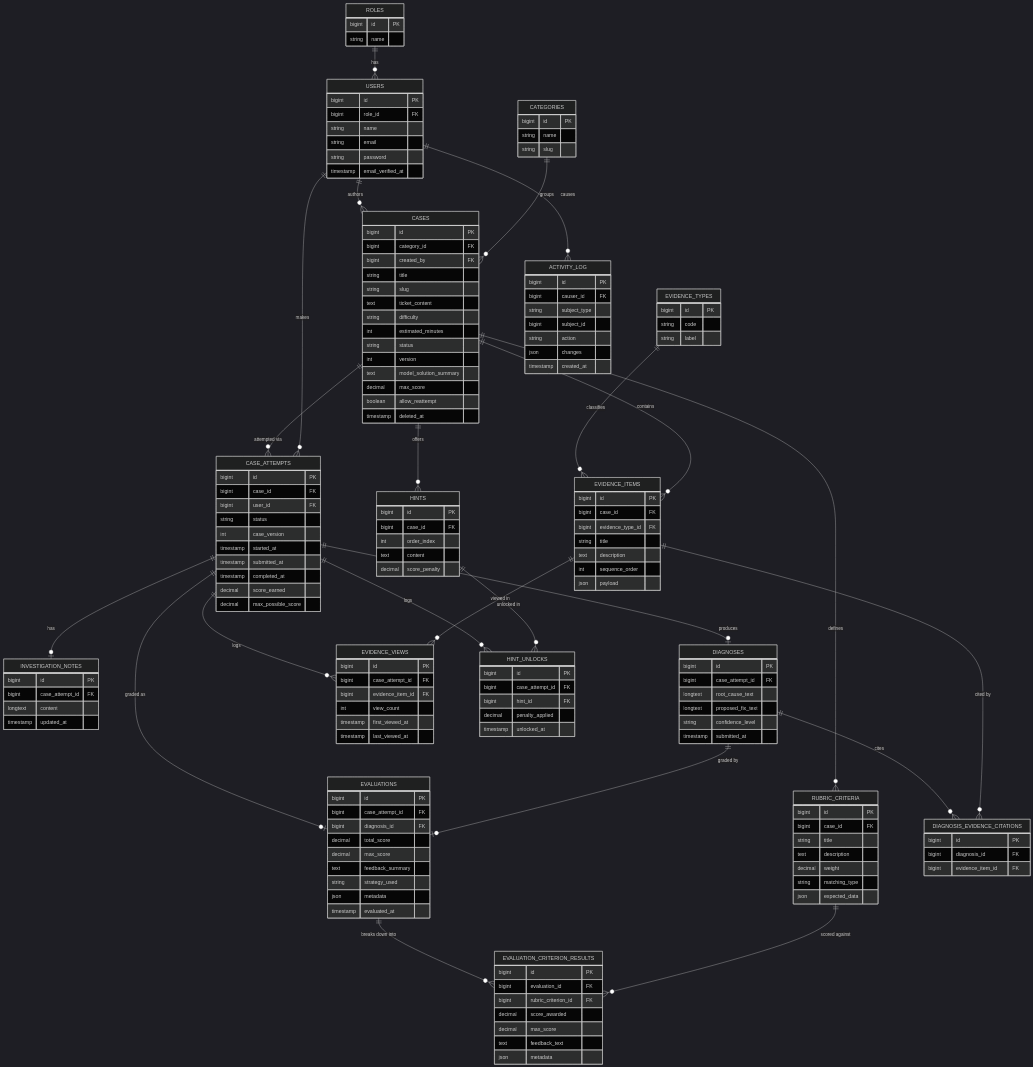
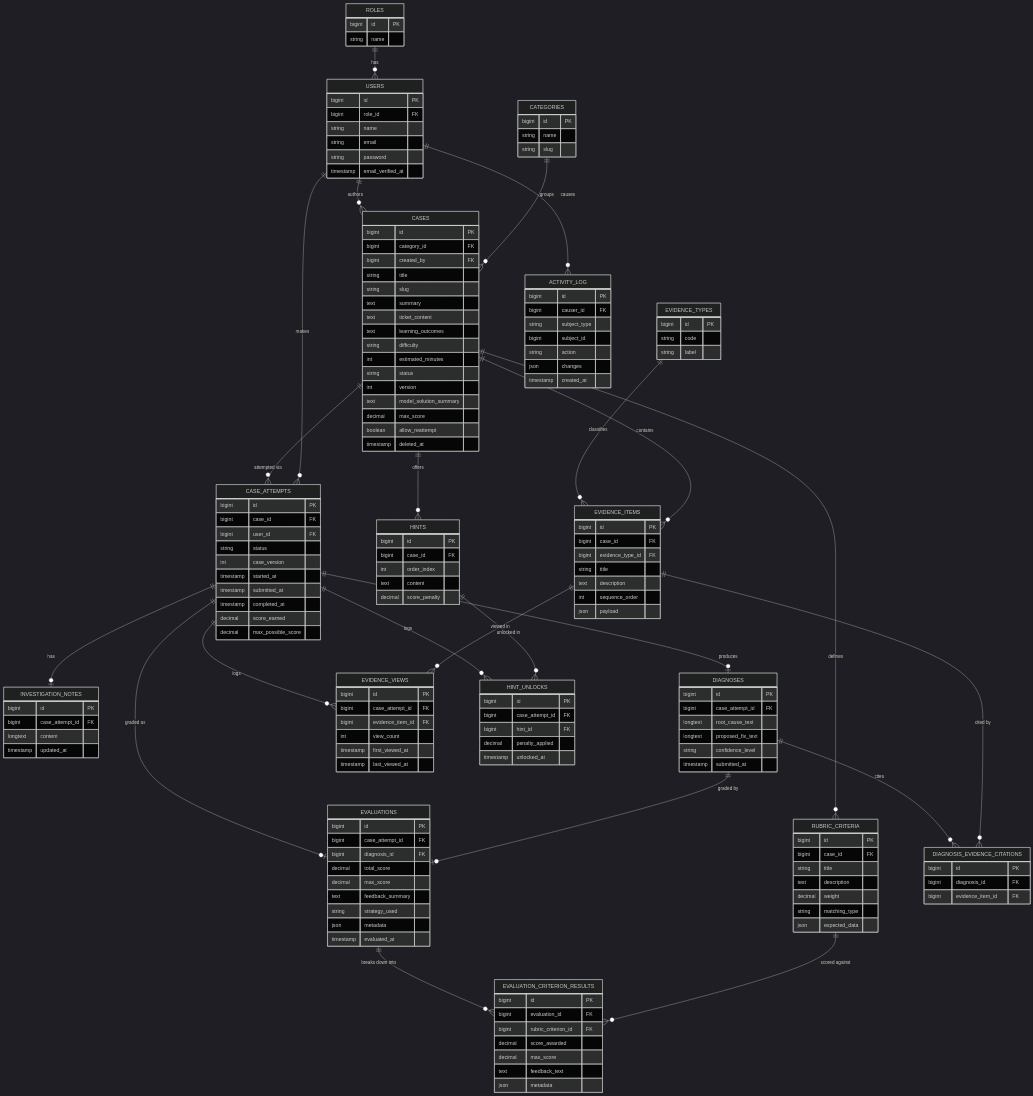
The diagram in docs/03-database-design.md (xcsi/AI-CaseLab), drawn with Mermaid (dark theme) before and after one commit. The commit also changed other lines of this file and 4 other files, not shown here.

First line of the commit message:
feat: add summary and learning_outcomes columns to cases

```diff
--- a/docs/03-database-design.md
+++ b/docs/03-database-design.md
@@ -70,7 +70,9 @@
         bigint created_by FK
         string title
         string slug
+        text summary
         text ticket_content
+        text learning_outcomes
         string difficulty
         int estimated_minutes
         string status
```
